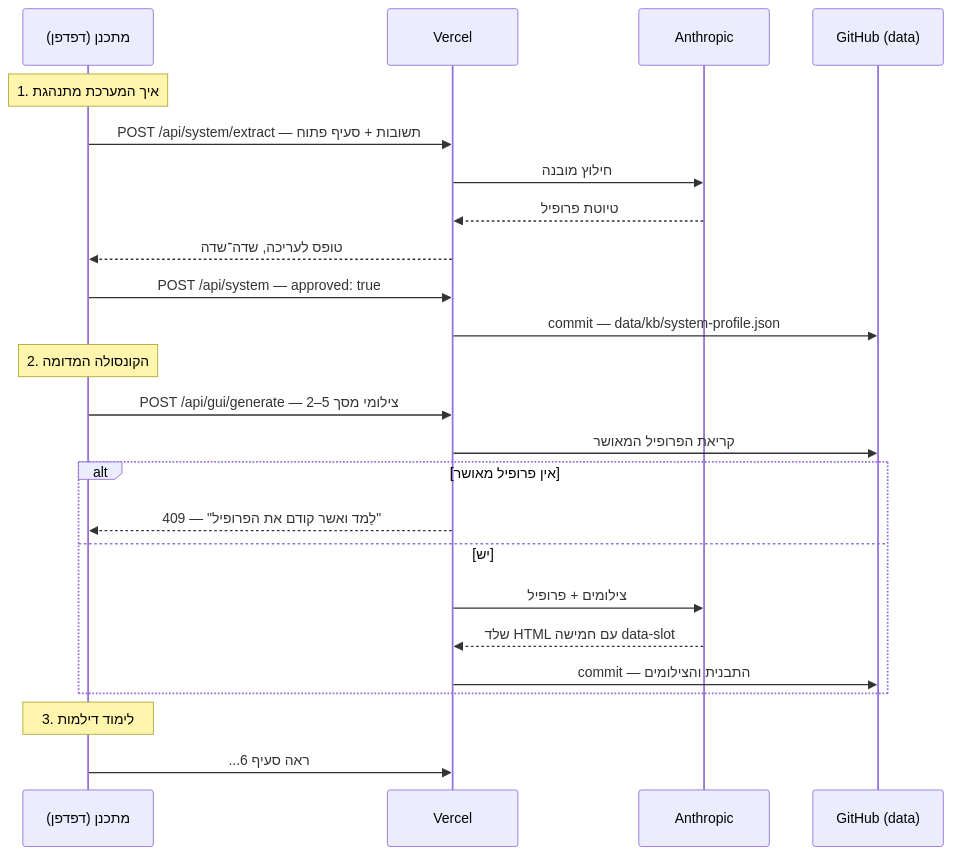
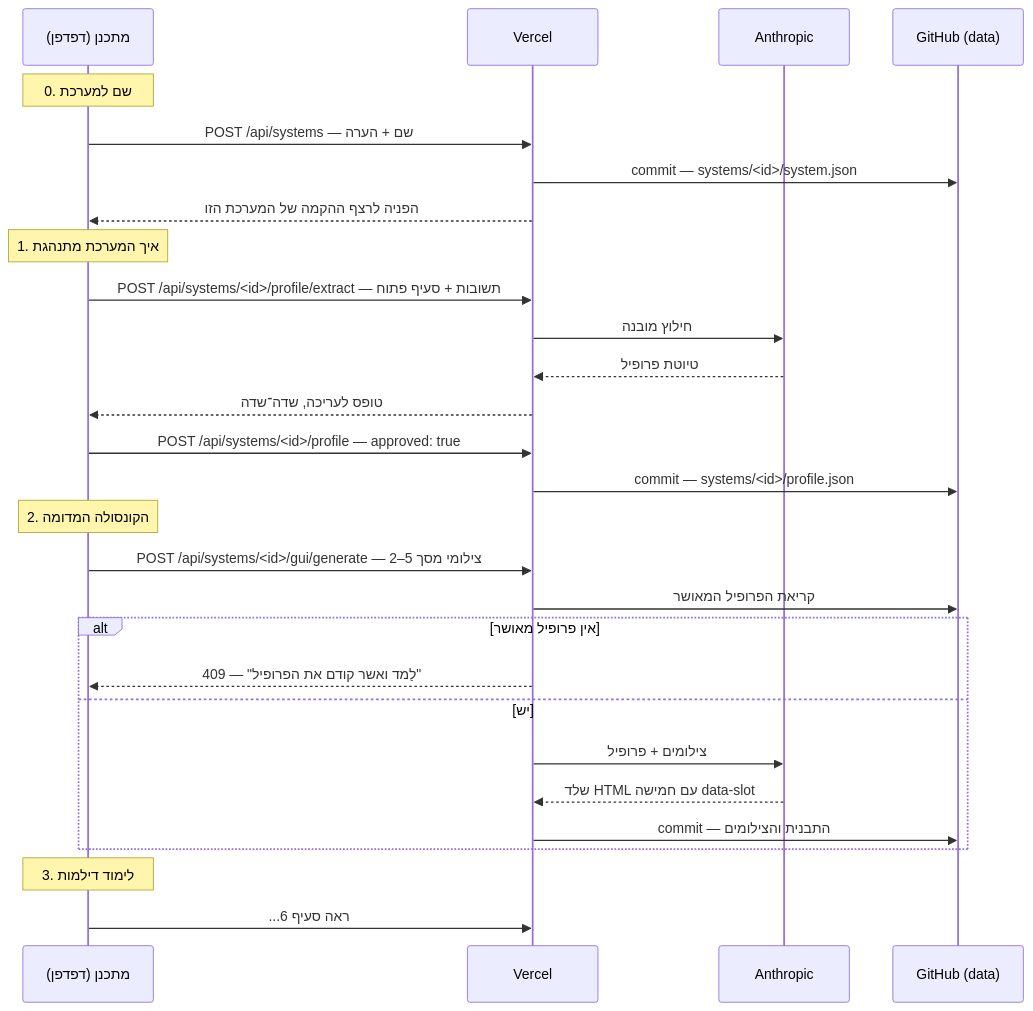
One commit to nimrodekel-hub/AD_SIMULATOR changed the first of 3 diagrams in ARCHITECTURE.md. Above: the diagram before and after it, drawn with Mermaid. The commit also changed other lines of this file, not shown here.

Commit message:
Multi-system: update the architecture reference for per-system storage and scoping

````diff
--- a/ARCHITECTURE.md
+++ b/ARCHITECTURE.md
@@ -155,29 +178,34 @@
 ```mermaid
 sequenceDiagram
     participant D as מתכנן (דפדפן)
     participant V as Vercel
     participant A as Anthropic
     participant G as GitHub (data)
 
+    Note over D: 0. שם למערכת
+    D->>V: POST /api/systems — שם + הערה
+    V->>G: commit — systems/<id>/system.json
+    V-->>D: הפניה לרצף ההקמה של המערכת הזו
+
     Note over D: 1. איך המערכת מתנהגת
-    D->>V: POST /api/system/extract — תשובות + סעיף פתוח
+    D->>V: POST /api/systems/<id>/profile/extract — תשובות + סעיף פתוח
     V->>A: חילוץ מובנה
     A-->>V: טיוטת פרופיל
     V-->>D: טופס לעריכה, שדה־שדה
-    D->>V: POST /api/system — approved: true
-    V->>G: commit — data/kb/system-profile.json
+    D->>V: POST /api/systems/<id>/profile — approved: true
+    V->>G: commit — systems/<id>/profile.json
 
     Note over D: 2. הקונסולה המדומה
-    D->>V: POST /api/gui/generate — 2–5 צילומי מסך
+    D->>V: POST /api/systems/<id>/gui/generate — 2–5 צילומי מסך
     V->>G: קריאת הפרופיל המאושר
     alt אין פרופיל מאושר
         V-->>D: 409 — "לַמד ואשר קודם את הפרופיל"
     else יש
         V->>A: צילומים + פרופיל
         A-->>V: שלד HTML עם חמישה data-slot
         V->>G: commit — התבנית והצילומים
     end
 
     Note over D: 3. לימוד דילמות
     D->>V: ...ראה סעיף 6
 ```
````
